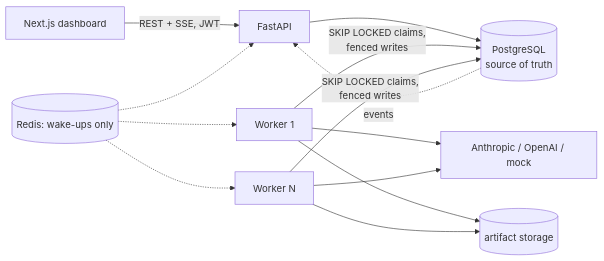
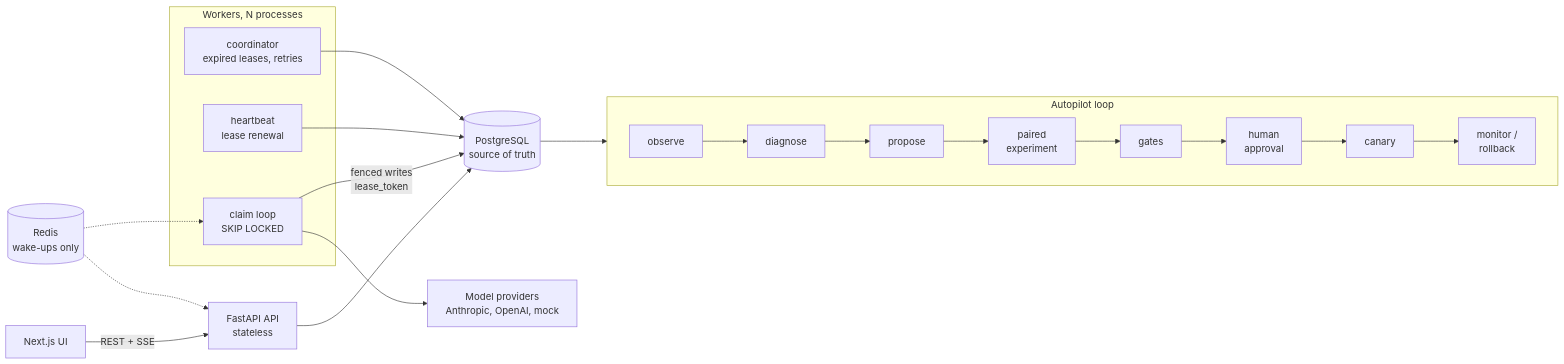
One commit to DMgaming00/AgentOS changed the diagram in README.md. Above: the diagram before and after it, drawn with Mermaid. The commit also changed other lines of this file and 6 other files, not shown here.

````diff
--- a/README.md
+++ b/README.md
@@ -341,10 +53,21 @@
 ```mermaid
 flowchart LR
-    UI[Next.js dashboard] -->|REST + SSE, JWT| API[FastAPI]
+    UI[Next.js UI] -->|REST + SSE| API[FastAPI API<br/>stateless]
     API --> PG[(PostgreSQL<br/>source of truth)]
-    W1[Worker 1] & W2[Worker N] -->|SKIP LOCKED claims,<br/>fenced writes| PG
-    W1 & W2 --> LLM[Anthropic / OpenAI / mock]
-    W1 & W2 --> FS[(artifact storage)]
-    PG -. events .-> API
-    RD[(Redis: wake-ups only)] -.-> W1 & W2 & API
+    subgraph Workers[Workers, N processes]
+      W1[claim loop<br/>SKIP LOCKED]
+      HB[heartbeat<br/>lease renewal]
+      CO[coordinator<br/>expired leases, retries]
+    end
+    W1 -->|fenced writes<br/>lease_token| PG
+    HB --> PG
+    CO --> PG
+    W1 --> LLM[Model providers<br/>Anthropic, OpenAI, mock]
+    RD[(Redis<br/>wake-ups only)] -.-> W1
+    RD -.-> API
+    PG --> AP
+    subgraph AP[Autopilot loop]
+      direction LR
+      OB[observe] --> DG[diagnose] --> PR[propose] --> EX[paired<br/>experiment] --> GT[gates] --> HA[human<br/>approval] --> CN[canary] --> RB[monitor /<br/>rollback]
+    end
 ```
````
